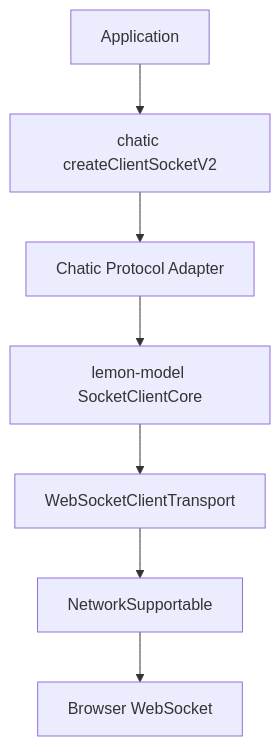
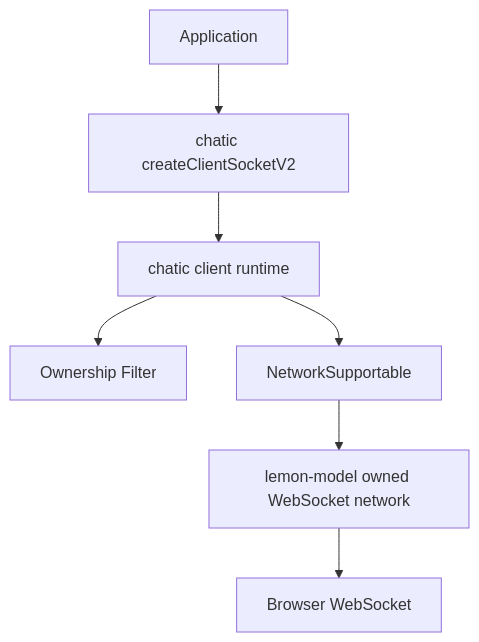
Before and after one commit to lemoncloud-io/lemon-model: the first of 7 diagrams in docs/migrate-socket/02-design.md, drawn with Mermaid. The commit also changed other lines of this file and 2 other files, not shown here.

````diff
--- a/docs/migrate-socket/02-design.md
+++ b/docs/migrate-socket/02-design.md
@@ -11,17 +11,17 @@
 ```mermaid
 flowchart TD
     App["Application"]
     Chatic["chatic createClientSocketV2"]
-    Adapter["Chatic Protocol Adapter"]
-    Core["lemon-model SocketClientCore"]
-    Transport["WebSocketClientTransport"]
+    Runtime["chatic client runtime"]
+    Filter["Ownership Filter"]
     Network["NetworkSupportable"]
+    Adapter["lemon-model owned WebSocket network"]
     WS["Browser WebSocket"]
 
     App --> Chatic
-    Chatic --> Adapter
-    Adapter --> Core
-    Core --> Transport
-    Transport --> Network
-    Network --> WS
+    Chatic --> Runtime
+    Runtime --> Filter
+    Runtime --> Network
+    Network --> Adapter
+    Adapter --> WS
 ```
````
